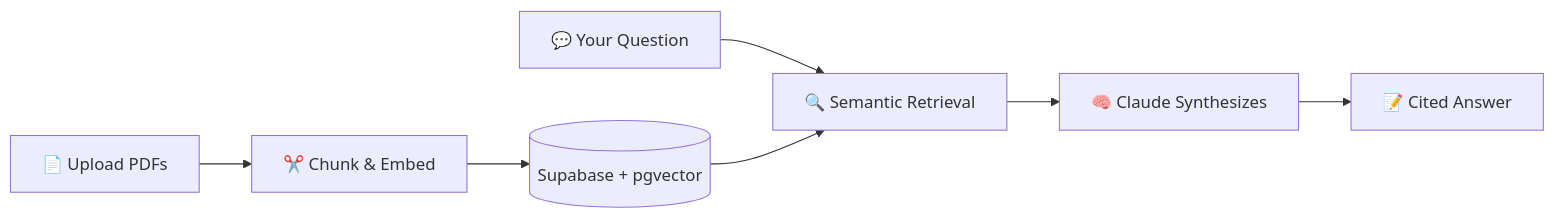
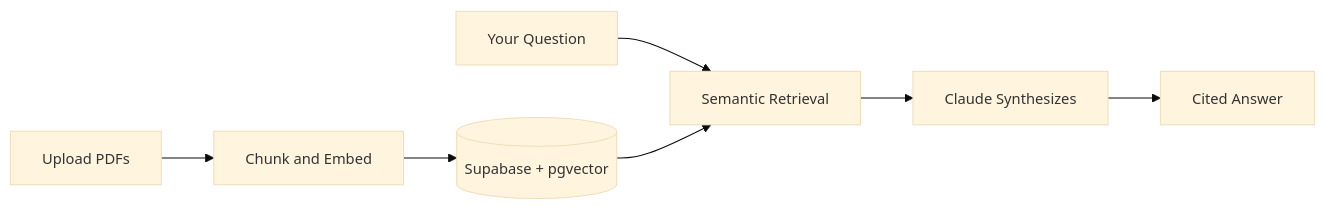
The diagram in README.md (selinmutlu06/NormLit), drawn with Mermaid before and after one commit.

Commit message:
Match mermaid diagram font to GitHub README body text.

````diff
--- a/README.md
+++ b/README.md
@@ -101,9 +101,10 @@
 ```mermaid
+%%{init: {"theme": "base", "themeVariables": {"fontFamily": "-apple-system, BlinkMacSystemFont, Segoe UI, Helvetica, Arial, sans-serif", "fontSize": "14px"}}}%%
 flowchart LR
-    A[📄 Upload PDFs] --> B[✂️ Chunk & Embed]
+    A[Upload PDFs] --> B[Chunk and Embed]
     B --> C[(Supabase + pgvector)]
-    D[💬 Your Question] --> E[🔍 Semantic Retrieval]
+    D[Your Question] --> E[Semantic Retrieval]
     C --> E
-    E --> F[🧠 Claude Synthesizes]
-    F --> G[📝 Cited Answer]
+    E --> F[Claude Synthesizes]
+    F --> G[Cited Answer]
 ```
````
